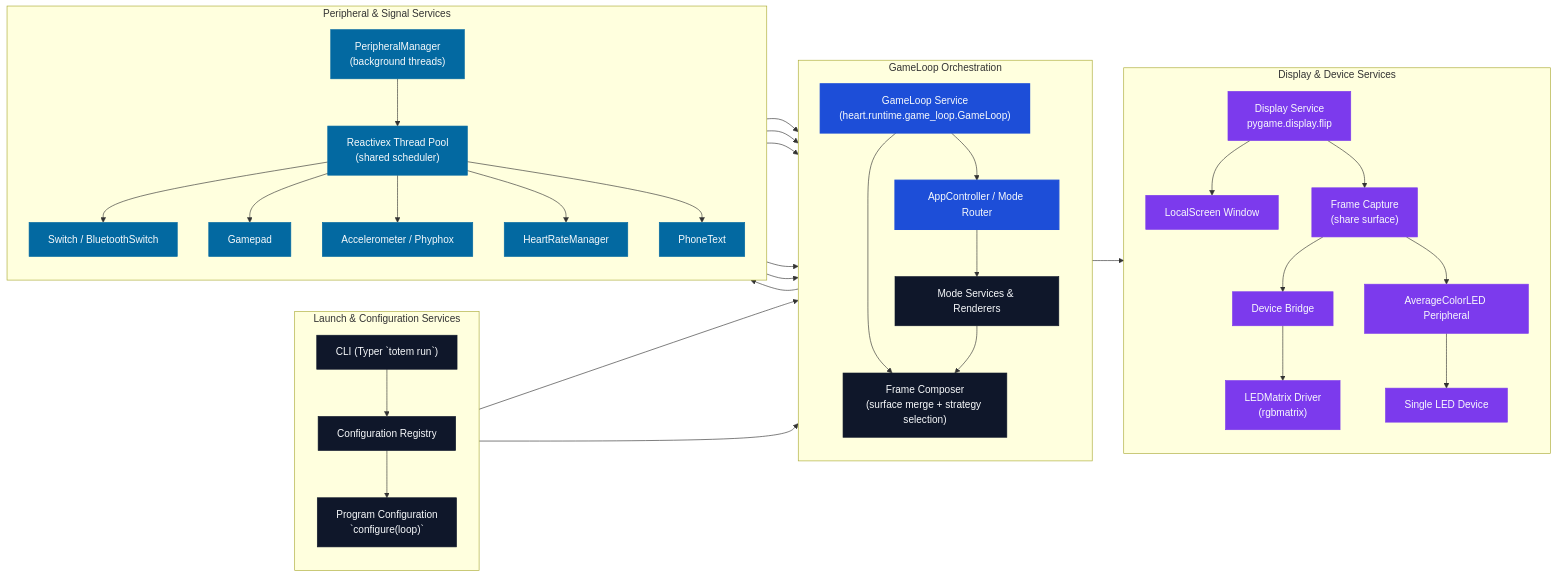
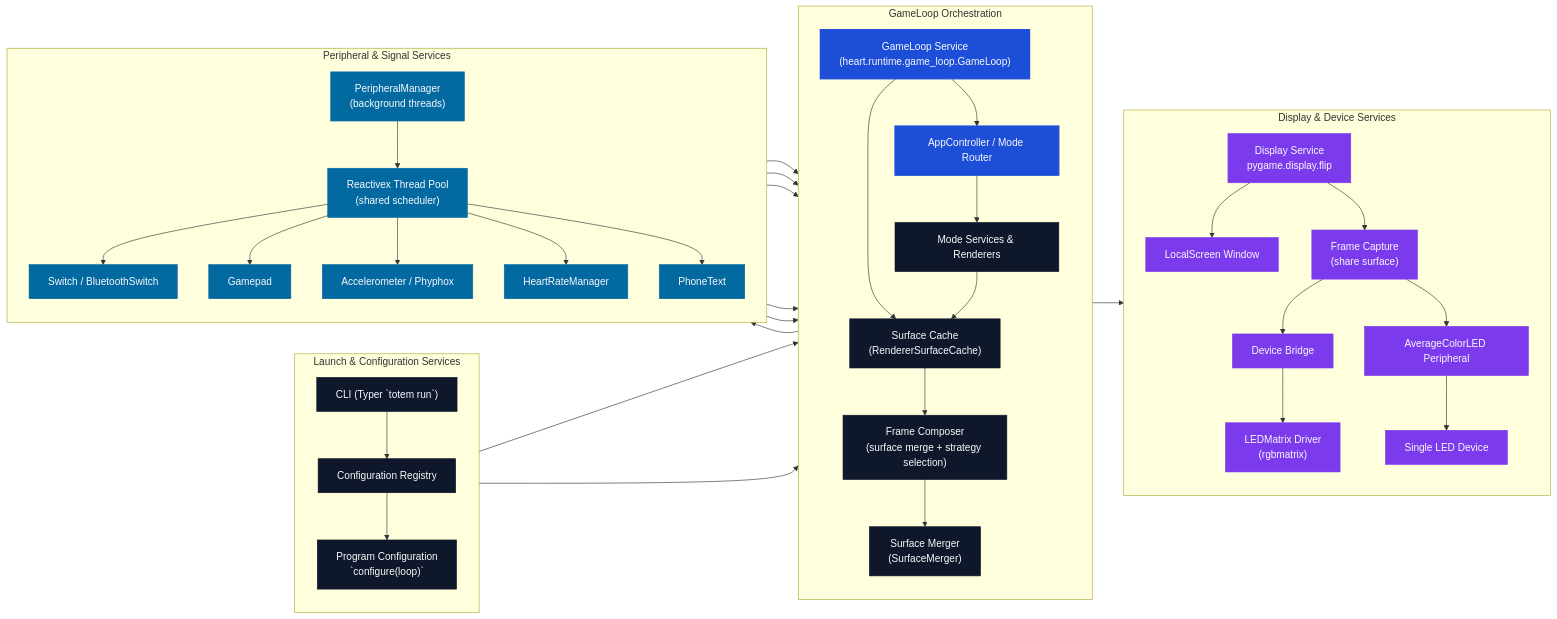
The diagram in docs/code_flow.md (Organization5762/heart), drawn with Mermaid before and after one commit. The commit also changed other lines of this file and 4 other files, not shown here.

````diff
--- a/docs/code_flow.md
+++ b/docs/code_flow.md
@@ -19,66 +19,69 @@
 ```mermaid
 flowchart LR
     %% Visual classes for different service categories
     classDef orchestrator fill:#1d4ed8,stroke:#1d4ed8,color:#f8fafc,stroke-width:2px;
     classDef service fill:#0f172a,stroke:#0f172a,color:#f8fafc;
     classDef input fill:#0369a1,stroke:#0369a1,color:#f8fafc;
     classDef output fill:#7c3aed,stroke:#7c3aed,color:#f8fafc;
 
     subgraph Launch["Launch & Configuration Services"]
         direction TB
         CLI["CLI (Typer `totem run`)"]
         Registry["Configuration Registry"]
         Configurer["Program Configuration\n`configure(loop)`"]
     end
 
     subgraph Runtime["GameLoop Orchestration"]
         direction TB
         Loop["GameLoop Service\n(heart.runtime.game_loop.GameLoop)"]
         AppRouter["AppController / Mode Router"]
         ModeServices["Mode Services & Renderers"]
+        SurfaceCache["Surface Cache\n(RendererSurfaceCache)"]
         FrameComposer["Frame Composer\n(surface merge + strategy selection)"]
+        SurfaceMerger["Surface Merger\n(SurfaceMerger)"]
     end
 
     subgraph Inputs["Peripheral & Signal Services"]
         direction TB
         PeripheralMgr["PeripheralManager\n(background threads)"]
         RxScheduler["Reactivex Thread Pool\n(shared scheduler)"]
         Switch["Switch / BluetoothSwitch"]
         Gamepad["Gamepad"]
         Sensors["Accelerometer / Phyphox"]
         HeartRate["HeartRateManager"]
         PhoneText["PhoneText"]
     end
 
     subgraph Outputs["Display & Device Services"]
         direction TB
         DisplaySvc["Display Service\npygame.display.flip"]
         LocalScreen["LocalScreen Window"]
         Capture["Frame Capture\n(share surface)"]
         DeviceBridge["Device Bridge"]
         LedMatrix["LEDMatrix Driver\n(rgbmatrix)"]
         AverageMirror["AverageColorLED Peripheral"]
         SingleLED["Single LED Device"]
     end
 
     CLI --> Registry --> Configurer --> Loop
     Configurer --> AppRouter
     Loop --> AppRouter
-    Loop --> FrameComposer
-    AppRouter --> ModeServices --> FrameComposer --> DisplaySvc
+    Loop --> SurfaceCache --> FrameComposer --> SurfaceMerger
+    AppRouter --> ModeServices --> SurfaceCache
+    SurfaceMerger --> DisplaySvc
     DisplaySvc --> LocalScreen
     DisplaySvc --> Capture --> DeviceBridge --> LedMatrix
     Capture --> AverageMirror --> SingleLED
 
     Loop --> PeripheralMgr --> RxScheduler
     RxScheduler --> Switch --> AppRouter
     RxScheduler --> Gamepad --> AppRouter
     RxScheduler --> Sensors --> AppRouter
     RxScheduler --> HeartRate --> AppRouter
     RxScheduler --> PhoneText --> AppRouter
 
-    class CLI,Registry,Configurer,ModeServices,FrameComposer service;
+    class CLI,Registry,Configurer,ModeServices,SurfaceCache,FrameComposer,SurfaceMerger service;
     class Loop,AppRouter orchestrator;
     class PeripheralMgr,RxScheduler,Switch,Gamepad,Sensors,HeartRate,PhoneText input;
     class DisplaySvc,LocalScreen,Capture,DeviceBridge,LedMatrix,AverageMirror,SingleLED output;
 ```
````
